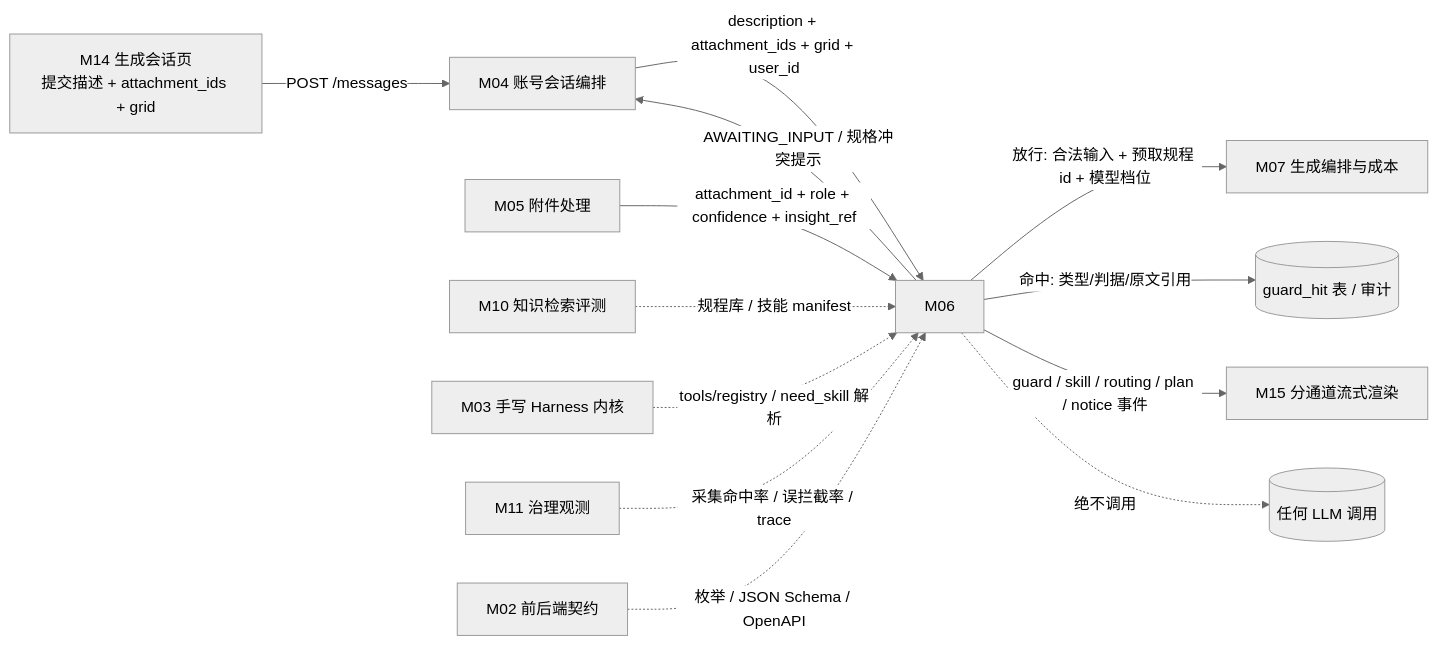
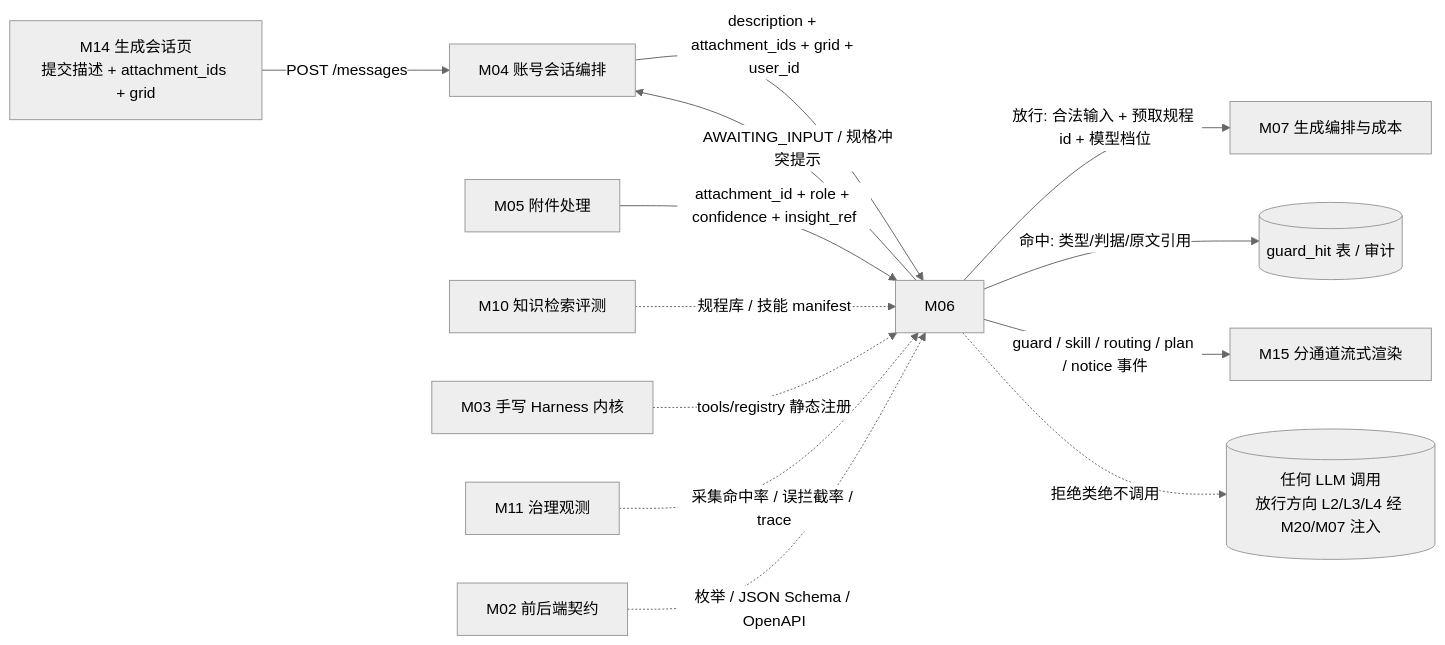
The first of 3 diagrams in docs/modules/M06-输入校验护栏与路由域.md (sao-lang/widget-pilot), drawn with Mermaid (neutral theme) before and after one commit. The commit also changed other lines of this file and 143 other files, not shown here.

````diff
--- a/docs/modules/M06-输入校验护栏与路由域.md
+++ b/docs/modules/M06-输入校验护栏与路由域.md
@@ -51,15 +51,15 @@
 ```mermaid
 flowchart LR
   M14["M14 生成会话页<br/>提交描述 + attachment_ids + grid"] -->|POST /messages| M04["M04 账号会话编排"]
   M04 -->|description + attachment_ids + grid + user_id| M06
   M05["M05 附件处理"] -->|attachment_id + role + confidence + insight_ref| M06
   M10["M10 知识检索评测"] -.规程库 / 技能 manifest.-> M06
-  M03["M03 手写 Harness 内核"] -.tools/registry / need_skill 解析.-> M06
+  M03["M03 手写 Harness 内核"] -.tools/registry 静态注册.-> M06
   M06 -->|放行: 合法输入 + 预取规程 id + 模型档位| M07["M07 生成编排与成本"]
   M06 -->|命中: 类型/判据/原文引用| AUDIT[("guard_hit 表 / 审计")]
   M06 -->|AWAITING_INPUT / 规格冲突提示| M04
   M06 -->|guard / skill / routing / plan / notice 事件| M15["M15 分通道流式渲染"]
   M11["M11 治理观测"] -.采集命中率 / 误拦截率 / trace.-> M06
   M02["M02 前后端契约"] -.枚举 / JSON Schema / OpenAPI.-> M06
-  M06 -.绝不调用.-> MODEL[("任何 LLM 调用")]
+  M06 -.拒绝类绝不调用.-> MODEL[("任何 LLM 调用<br/>放行方向 L2/L3/L4 经 M20/M07 注入")]
 ```
````
